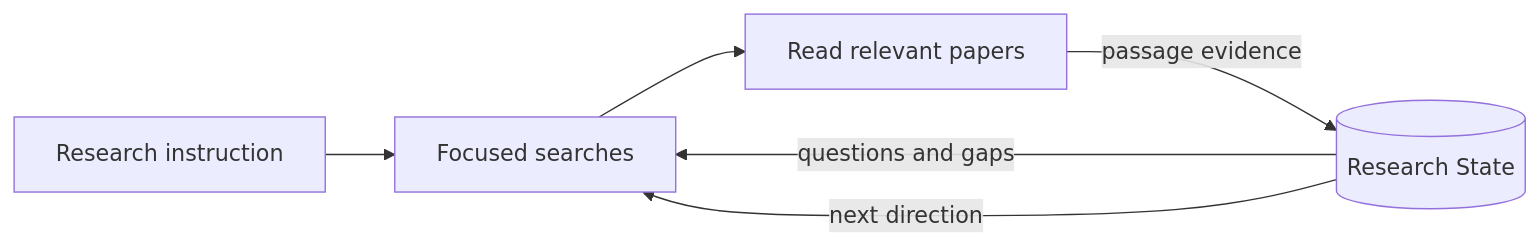
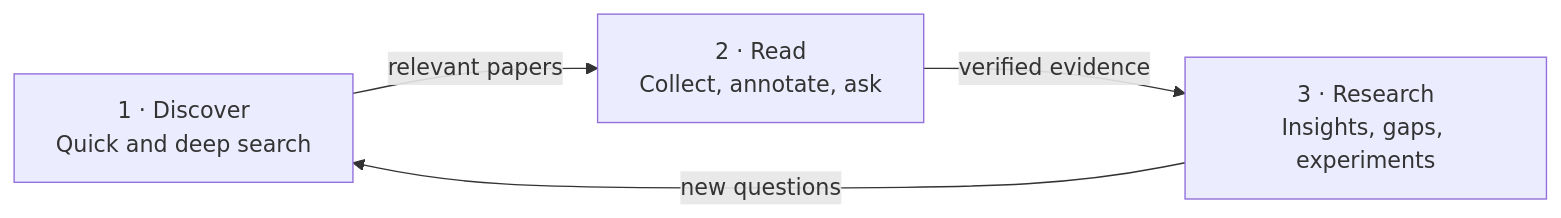
The first of 2 diagrams in README.md (pzdkn/i0i), drawn with Mermaid before and after one commit. The commit also changed other lines of this file, not shown here.

````diff
--- a/README.md
+++ b/README.md
@@ -41,8 +39,9 @@
 ```mermaid
 flowchart LR
-    A[Research instruction] --> B[Focused searches]
-    S[(Research State)] -->|questions and gaps| B
-    B --> C[Read relevant papers]
-    C -->|passage evidence| S
-    S -->|next direction| B
+    F["1 · Discover<br/>Quick and deep search"]
+    R["2 · Read<br/>Collect, annotate, ask"]
+    A["3 · Research<br/>Insights, gaps, experiments"]
+    F -->|relevant papers| R
+    R -->|verified evidence| A
+    A -->|new questions| F
 ```
````
